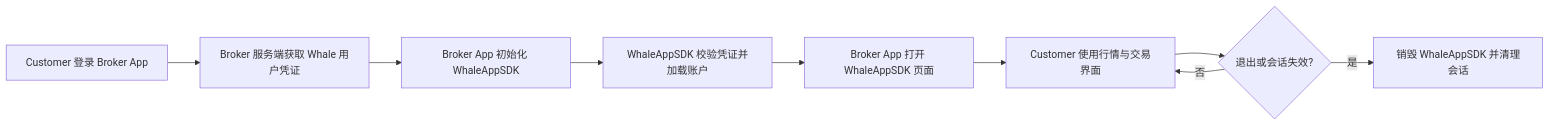
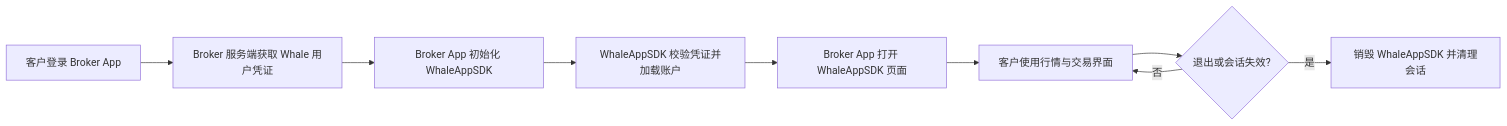
One commit to longbridge/whale-docs changed the diagram in docs/zh-CN/whalesdk/whaleapp/overview.mdx. Above: the diagram before and after it, drawn with Mermaid. The commit also changed other lines of this file and 72 other files, not shown here.

````diff
--- a/docs/zh-CN/whalesdk/whaleapp/overview.mdx
+++ b/docs/zh-CN/whalesdk/whaleapp/overview.mdx
@@ -8,11 +8,11 @@
 ```mermaid
 flowchart LR
-    A[Customer 登录 Broker App] --> B[Broker 服务端获取 Whale 用户凭证]
+    A[客户登录 Broker App] --> B[Broker 服务端获取 Whale 用户凭证]
     B --> C[Broker App 初始化 WhaleAppSDK]
     C --> D[WhaleAppSDK 校验凭证并加载账户]
     D --> E[Broker App 打开 WhaleAppSDK 页面]
-    E --> F[Customer 使用行情与交易界面]
+    E --> F[客户使用行情与交易界面]
     F --> G{退出或会话失效?}
     G -- 否 --> F
     G -- 是 --> H[销毁 WhaleAppSDK 并清理会话]
 ```
````
